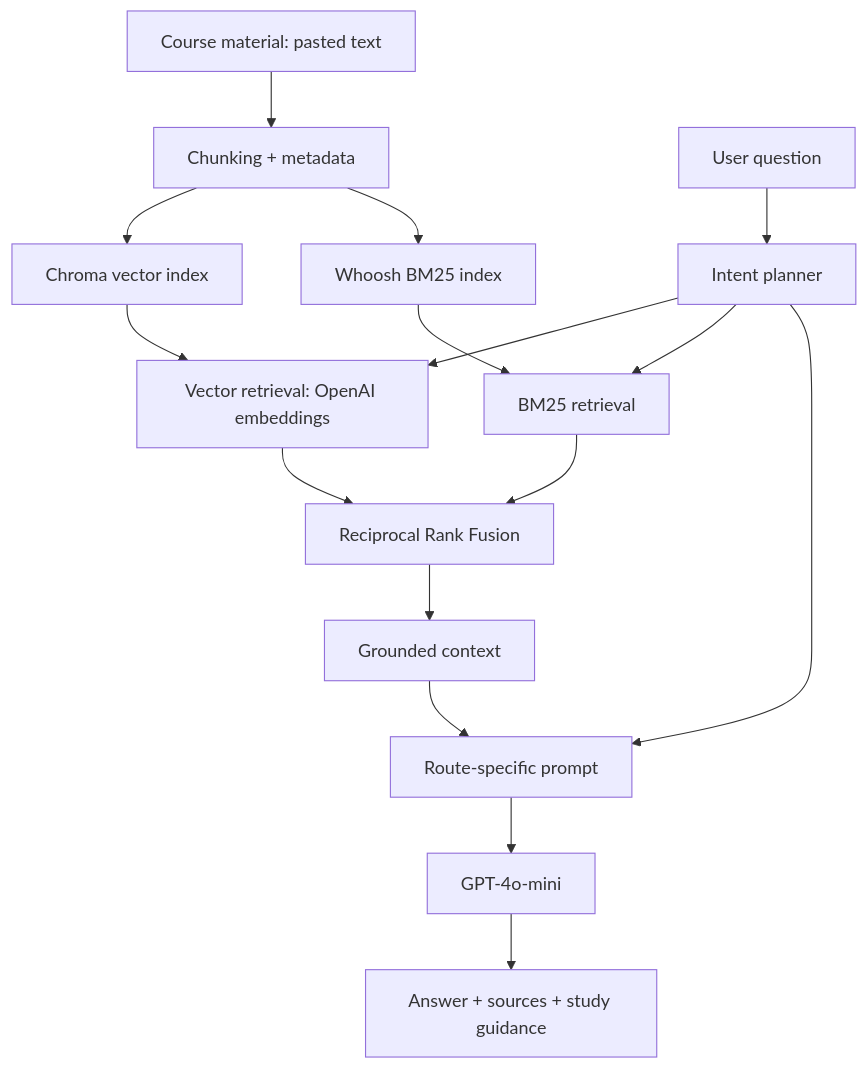
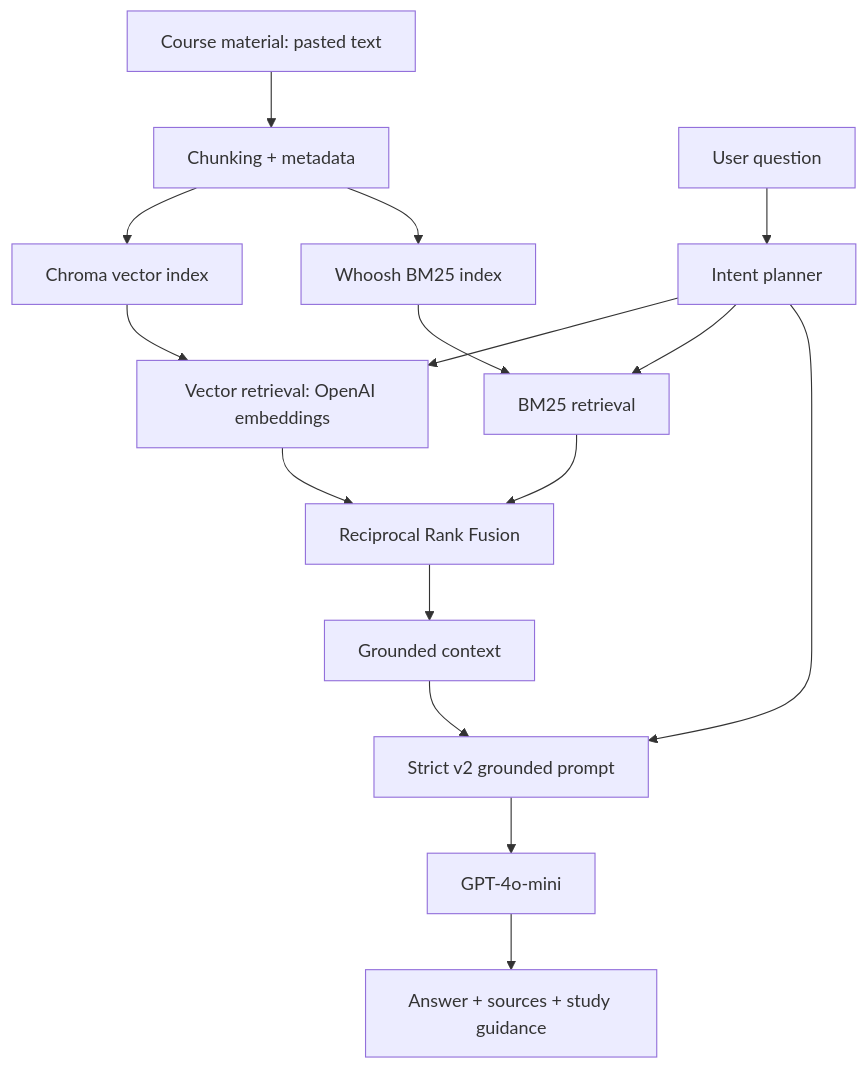
Before and after one commit to nour0205/Recall: the diagram in README.md, drawn with Mermaid. The commit also changed other lines of this file and 10 other files, not shown here.

````diff
--- a/README.md
+++ b/README.md
@@ -20,18 +20,18 @@
 ```mermaid
 flowchart TD
     Material["Course material: pasted text"] --> Chunks["Chunking + metadata"]
     Chunks --> Dense["Chroma vector index"]
     Chunks --> Sparse["Whoosh BM25 index"]
     Question["User question"] --> Planner["Intent planner"]
     Planner --> Vector["Vector retrieval: OpenAI embeddings"]
     Planner --> BM25["BM25 retrieval"]
     Dense --> Vector
     Sparse --> BM25
     Vector --> RRF["Reciprocal Rank Fusion"]
     BM25 --> RRF
     RRF --> Context["Grounded context"]
-    Context --> Prompt["Route-specific prompt"]
+    Context --> Prompt["Strict v2 grounded prompt"]
     Planner --> Prompt
     Prompt --> LLM["GPT-4o-mini"]
     LLM --> Answer["Answer + sources + study guidance"]
 ```
````
